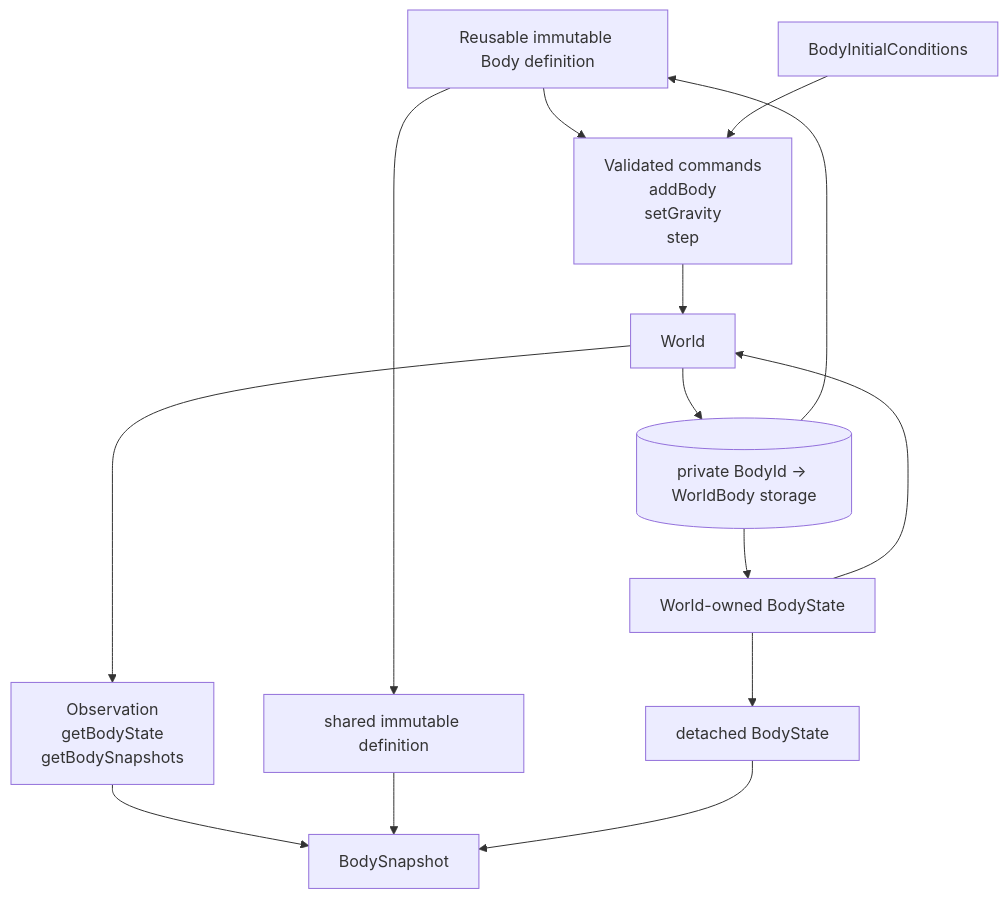
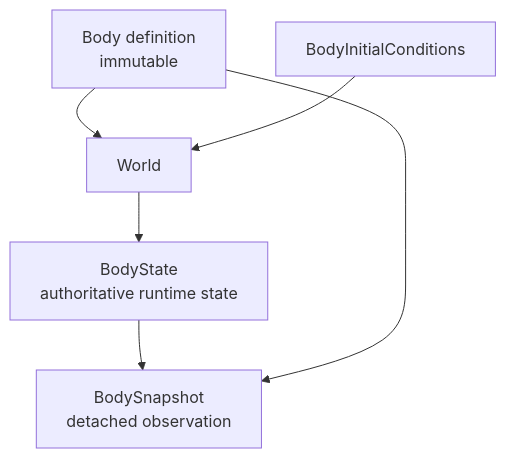
One commit to fa-ribeiro/vLab2D changed the third of 11 diagrams in docs/architecture/README.md. Above: the diagram before and after it, drawn with Mermaid. The commit also changed other lines of this file and 4 other files, not shown here.

Commit message:
docs: reconcile phase 2 architecture

````diff
--- a/docs/architecture/README.md
+++ b/docs/architecture/README.md
@@ -222,27 +150,14 @@
 ```mermaid
 flowchart TD
-    BODY["Reusable immutable Body definition"]
+    DEF["Body definition<br/>immutable"]
     INIT["BodyInitialConditions"]
     WORLD["World"]
-    STORE[("private BodyId → WorldBody storage")]
-    STATE["World-owned BodyState"]
+    STATE["BodyState<br/>authoritative runtime state"]
+    SNAP["BodySnapshot<br/>detached observation"]
 
-    COMMANDS["Validated commands<br/>addBody<br/>setGravity<br/>step"]
-    QUERIES["Observation<br/>getBodyState<br/>getBodySnapshots"]
-    SNAPSHOT["BodySnapshot"]
-    DEF["shared immutable definition"]
-    OBSSTATE["detached BodyState"]
-
-    BODY --> COMMANDS
-    INIT --> COMMANDS
-    COMMANDS --> WORLD
-    WORLD --> STORE
-    STORE --> BODY
-    STORE --> STATE
-
-    STATE --> WORLD
-    WORLD --> QUERIES
-    QUERIES --> SNAPSHOT
-    BODY --> DEF --> SNAPSHOT
-    STATE --> OBSSTATE --> SNAPSHOT
+    DEF --> WORLD
+    INIT --> WORLD
+    WORLD --> STATE
+    STATE --> SNAP
+    DEF --> SNAP
 ```
````
